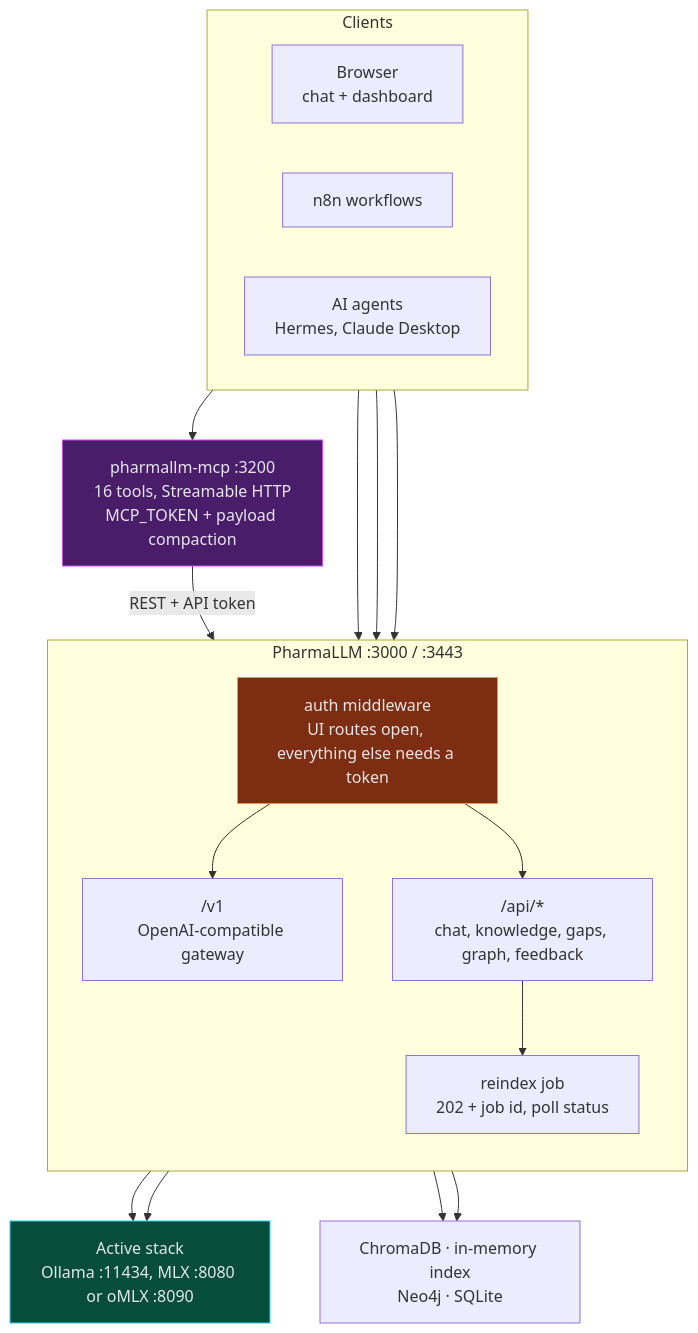
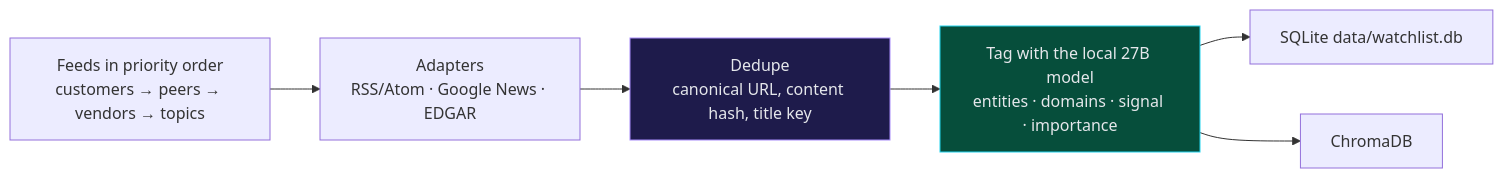
Before and after one commit to sebdallais-git/PharmaCyberLLM: the second of 5 diagrams in README.md, drawn with Mermaid. The commit also changed other lines of this file and 1 other file, not shown here.

````diff
--- a/README.md
+++ b/README.md
@@ -339,39 +248,11 @@
 ```mermaid
-flowchart TB
-    subgraph CL["Clients"]
-        direction LR
-        B["Browser<br/>chat + dashboard"]
-        N["n8n workflows"]
-        AG["AI agents<br/>Hermes, Claude Desktop"]
-    end
+flowchart LR
+    F["Feeds in priority order<br/>customers → peers → vendors → topics"] --> A["Adapters<br/>RSS/Atom · Google News · EDGAR"]
+    A --> D["Dedupe<br/>canonical URL, content hash, title key"]
+    D --> T["Tag with the local 27B model<br/>entities · domains · signal · importance"]
+    T --> S["SQLite data/watchlist.db"]
+    T --> C["ChromaDB"]
 
-    MCP["pharmallm-mcp :3200<br/>16 tools, Streamable HTTP<br/>MCP_TOKEN + payload compaction"]
-
-    subgraph APP["PharmaLLM :3000 / :3443"]
-        direction TB
-        AUTH["auth middleware<br/>UI routes open, everything else needs a token"]
-        V1["/v1<br/>OpenAI-compatible gateway"]
-        API["/api/*<br/>chat, knowledge, gaps, graph, feedback"]
-        RJ["reindex job<br/>202 + job id, poll status"]
-    end
-
-    STACK["Active stack<br/>Ollama :11434, MLX :8080 or oMLX :8090"]
-    DATA["ChromaDB · in-memory index<br/>Neo4j · SQLite"]
-
-    B --> AUTH
-    N --> AUTH
-    AG --> MCP
-    AG --> AUTH
-    MCP -- "REST + API token" --> AUTH
-    AUTH --> V1
-    AUTH --> API
-    API --> RJ
-    V1 --> STACK
-    API --> STACK
-    API --> DATA
-    RJ --> DATA
-
-    style AUTH fill:#7c2d12,stroke:#fb923c,color:#e5e7eb
-    style MCP fill:#4a1d6b,stroke:#d946ef,color:#e5e7eb
-    style STACK fill:#064e3b,stroke:#22d3ee,color:#e5e7eb
+    style D fill:#1e1b4b,stroke:#a78bfa,color:#e5e7eb
+    style T fill:#064e3b,stroke:#22d3ee,color:#e5e7eb
 ```
````
